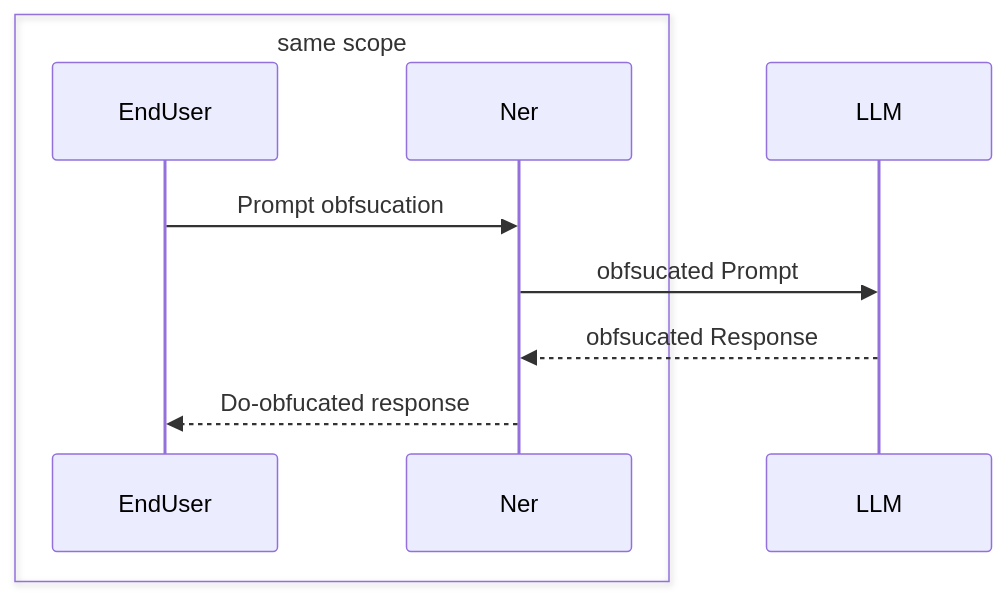
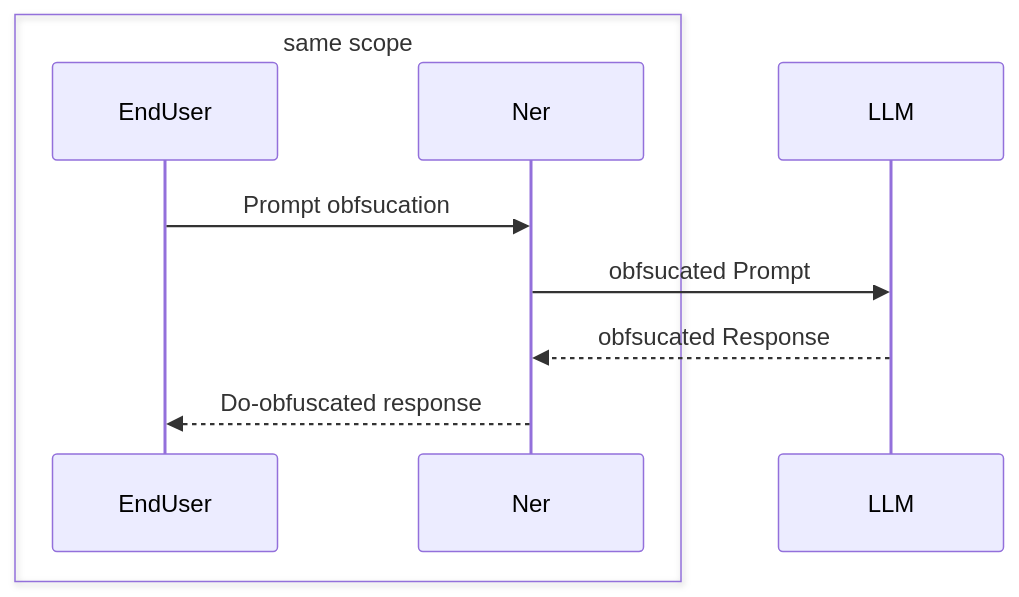
The second of 2 diagrams in prepa/didier-version.md (d-plaindoux/ai-edge-computing), drawn with Mermaid before and after one commit.

````diff
--- a/prepa/didier-version.md
+++ b/prepa/didier-version.md
@@ -73,14 +73,14 @@
 ```mermaid
 sequenceDiagram
     box same scope
     participant EndUser
     participant Ner
     end
     participant LLM
 
     EndUser ->> Ner: Prompt obfsucation
 
     Ner ->> LLM: obfsucated Prompt
     LLM -->> Ner: obfsucated Response
-    Ner -->> EndUser: Do-obfucated response
+    Ner -->> EndUser: Do-obfuscated response
 ```
````
